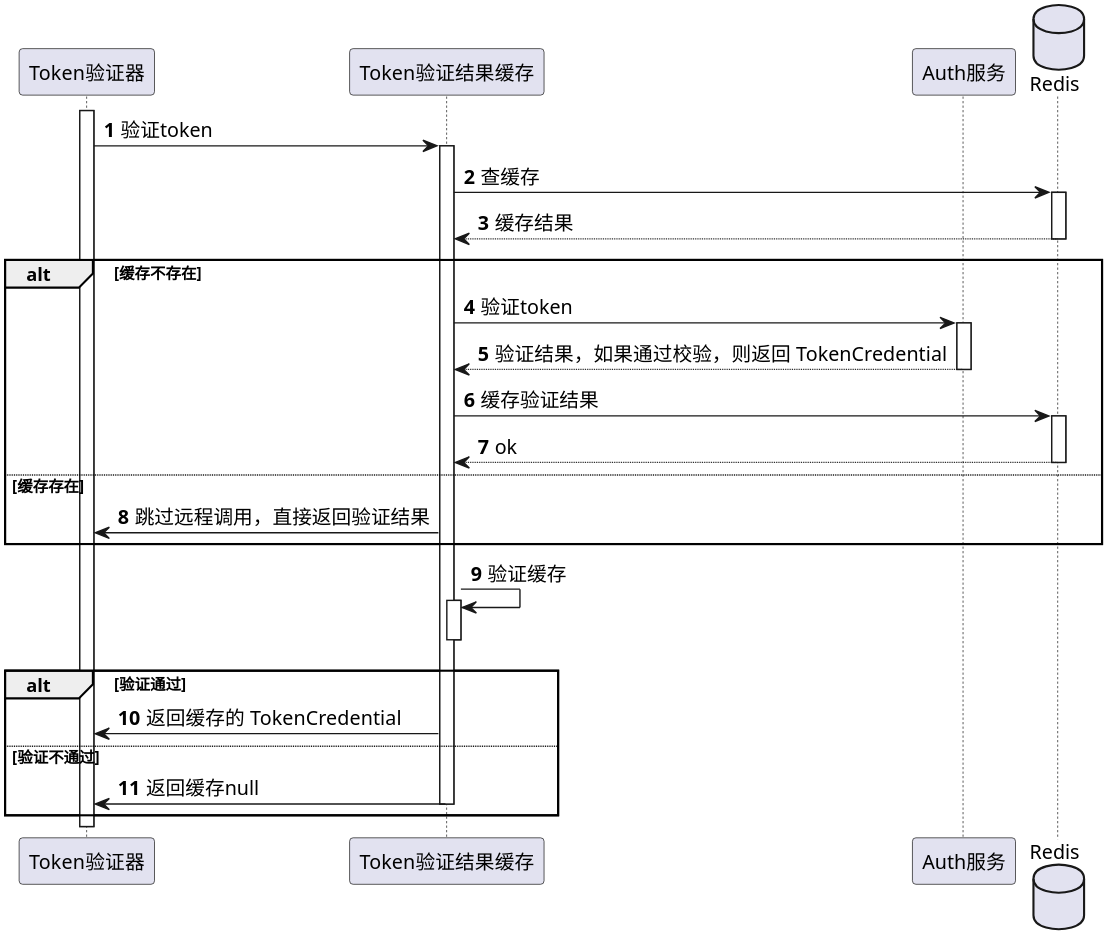
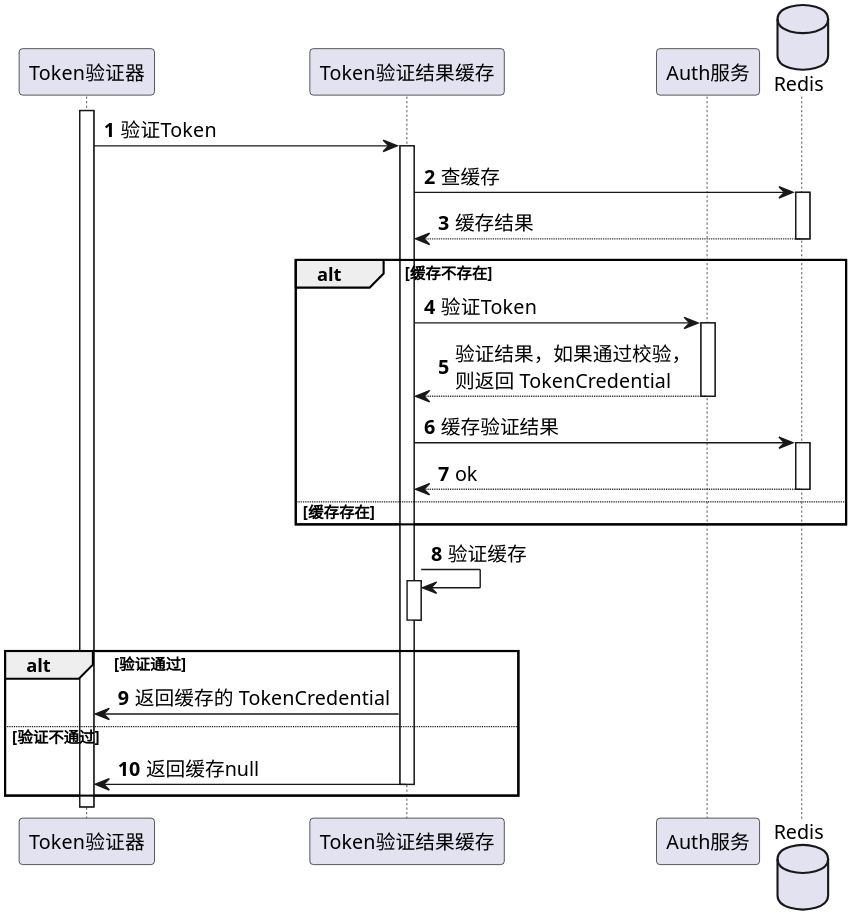
One commit to Etherealss/MessagePusher changed the diagram in uml/security/token检验/1.2-拦截HTTP请求并校验Token.puml. Above: the diagram before and after it, drawn with PlantUML. The commit also changed 18 other files, not shown here.

```diff
--- a/uml/security/token检验/1.2-拦截HTTP请求并校验Token.puml
+++ b/uml/security/token检验/1.2-拦截HTTP请求并校验Token.puml
@@ -1,40 +1,40 @@
 @startuml
 'https://plantuml.com/sequence-diagram
 
 skinparam shadowing false
 skinparam defaultFontName xfonts-wqy
+skinparam defaultFontName times
 skinparam dpi 300
 skinparam activity  {
     DiamondFontSize 14
     ArrowFontSize 14
     FontSize 14
 }
 autonumber
 
 participant Token验证器 as ICreentialVerifier
 participant Token验证结果缓存 as ServerCredentialCacheHandler
 participant Auth服务 as Auth
 database Redis
 
 activate ICreentialVerifier
-ICreentialVerifier -> ServerCredentialCacheHandler ++: 验证token
+ICreentialVerifier -> ServerCredentialCacheHandler ++: 验证Token
 ServerCredentialCacheHandler -> Redis ++:查缓存
 return 缓存结果
 
 alt 缓存不存在
-    ServerCredentialCacheHandler -> Auth++: 验证token
-    return 验证结果，如果通过校验，则返回 TokenCredential
+    ServerCredentialCacheHandler -> Auth++: 验证Token
+    return 验证结果，如果通过校验，\n则返回 TokenCredential
     ServerCredentialCacheHandler -> Redis++:缓存验证结果
     return ok
 else 缓存存在
-    ICreentialVerifier <- ServerCredentialCacheHandler: 跳过远程调用，直接返回验证结果
 end
 
 ServerCredentialCacheHandler -> ServerCredentialCacheHandler ++--: 验证缓存
 alt 验证通过
     ICreentialVerifier <- ServerCredentialCacheHandler: 返回缓存的 TokenCredential
 else 验证不通过
     ICreentialVerifier <- ServerCredentialCacheHandler--: 返回缓存null
 end
 
 @enduml
```
